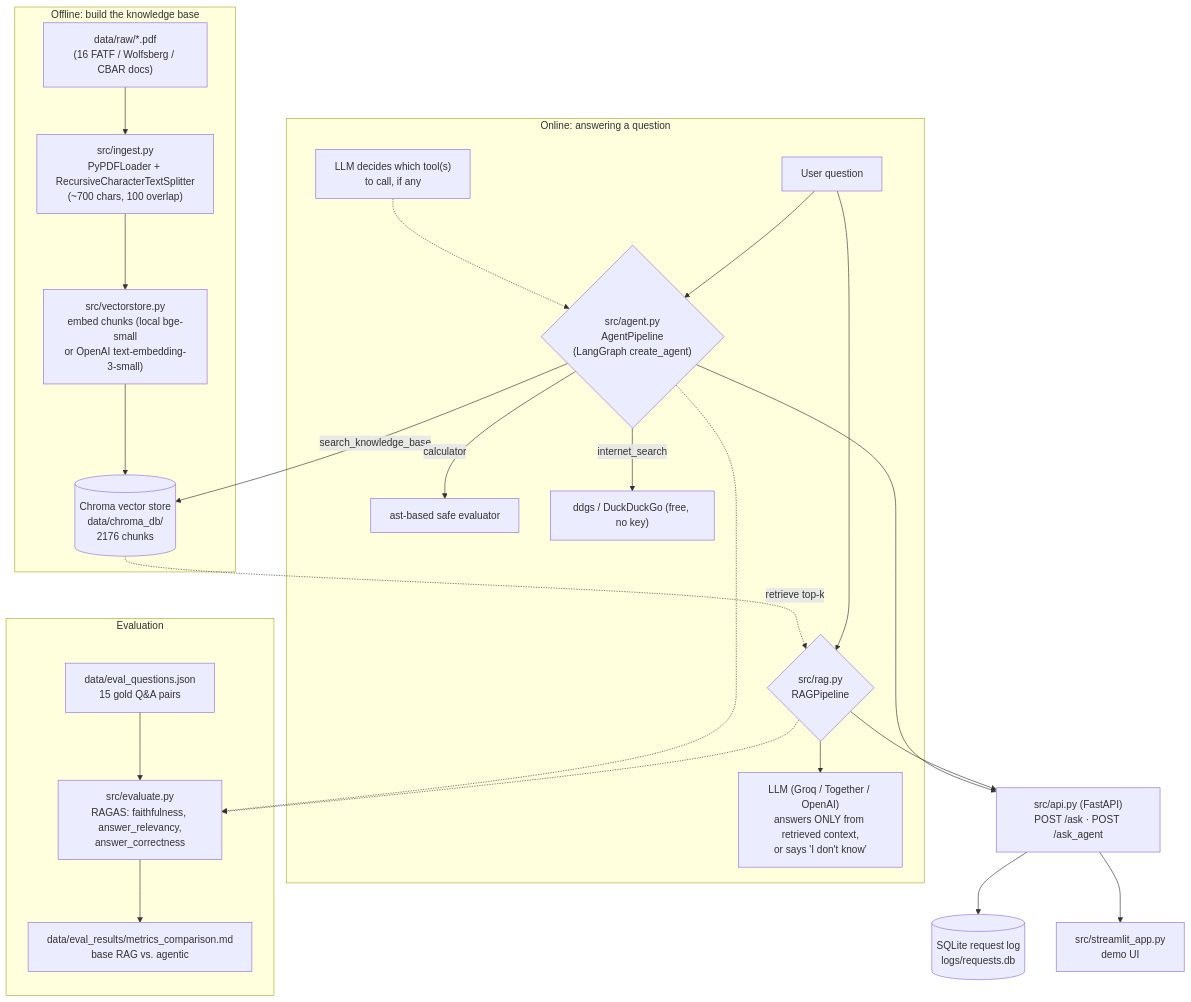
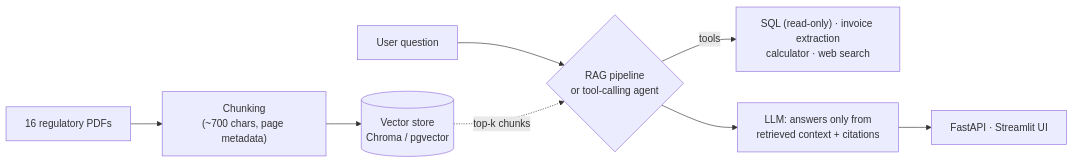
Before and after one commit to emiliaismailova3/aml-kyc-rag-assistant: the diagram in README.md, drawn with Mermaid. The commit also changed other lines of this file, not shown here.

Commit message:
Shorten README: key results first, details moved to docs/EVALUATION.md

````diff
--- a/README.md
+++ b/README.md
@@ -80,32 +44,10 @@
 ```mermaid
-flowchart TD
-    subgraph Ingestion["Offline: build the knowledge base"]
-        A["data/raw/*.pdf<br/>(16 FATF / Wolfsberg / CBAR docs)"] --> B["src/ingest.py<br/>PyPDFLoader + RecursiveCharacterTextSplitter<br/>(~700 chars, 100 overlap)"]
-        B --> C["src/vectorstore.py<br/>embed chunks (local bge-small<br/>or OpenAI text-embedding-3-small)"]
-        C --> D[("Chroma vector store<br/>data/chroma_db/<br/>2176 chunks")]
-    end
-
-    subgraph Online["Online: answering a question"]
-        U["User question"] --> R{"src/rag.py<br/>RAGPipeline"}
-        D -.retrieve top-k.-> R
-        R --> LLM1["LLM (Groq / Together / OpenAI)<br/>answers ONLY from retrieved context,<br/>or says 'I don't know'"]
-
-        U --> AG{"src/agent.py<br/>AgentPipeline<br/>(LangGraph create_agent)"}
-        AG -->|"search_knowledge_base"| D
-        AG -->|"calculator"| CALC["ast-based safe evaluator"]
-        AG -->|"internet_search"| WEB["ddgs / DuckDuckGo (free, no key)"]
-        LLM2["LLM decides which tool(s)<br/>to call, if any"] -.-> AG
-    end
-
-    R --> API["src/api.py (FastAPI)<br/>POST /ask · POST /ask_agent"]
-    AG --> API
-    API --> LOG[("SQLite request log<br/>logs/requests.db")]
-    API --> UI["src/streamlit_app.py<br/>demo UI"]
-
-    subgraph Eval["Evaluation"]
-        EQ["data/eval_questions.json<br/>15 gold Q&A pairs"] --> RAGAS["src/evaluate.py<br/>RAGAS: faithfulness, answer_relevancy,<br/>answer_correctness"]
-        R -.-> RAGAS
-        AG -.-> RAGAS
-        RAGAS --> CMP["data/eval_results/metrics_comparison.md<br/>base RAG vs. agentic"]
-    end
+flowchart LR
+    A["16 regulatory PDFs"] --> B["Chunking<br/>(~700 chars, page metadata)"]
+    B --> C[("Vector store<br/>Chroma / pgvector")]
+    U["User question"] --> R{"RAG pipeline<br/>or tool-calling agent"}
+    C -.top-k chunks.-> R
+    R -->|tools| T["SQL (read-only) · invoice extraction<br/>calculator · web search"]
+    R --> L["LLM: answers only from<br/>retrieved context + citations"]
+    L --> API["FastAPI · Streamlit UI"]
 ```
````
